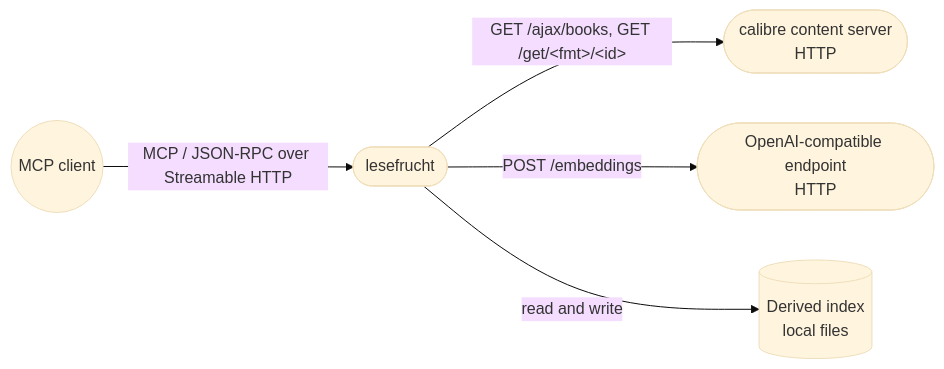
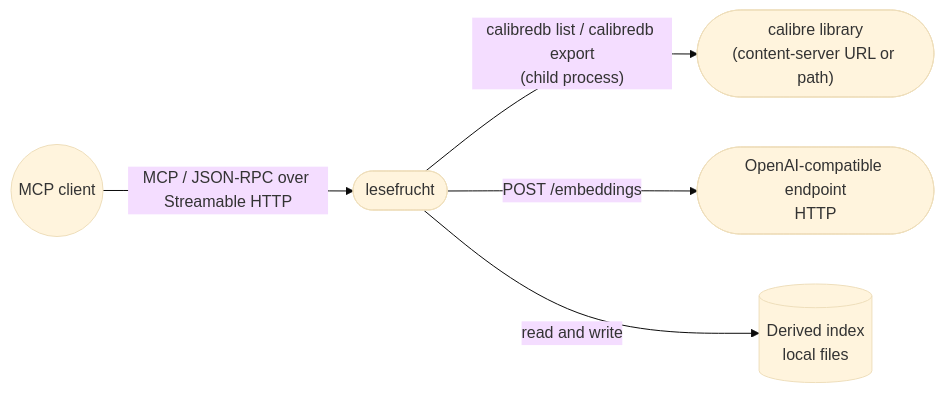
Before and after one commit to kressnerd/lesefrucht: the second of 2 diagrams in docs/arc42/03-context-and-scope.md, drawn with Mermaid (base theme). The commit also changed other lines of this file and 23 other files, not shown here.

````diff
--- a/docs/arc42/03-context-and-scope.md
+++ b/docs/arc42/03-context-and-scope.md
@@ -37,13 +37,13 @@
 ```mermaid
 flowchart LR
   Agent(("MCP client"))
   LH(["lesefrucht"])
-  CS(["calibre content server<br/>HTTP"])
+  CS(["calibre library<br/>(content-server URL or path)"])
   EP(["OpenAI-compatible endpoint<br/>HTTP"])
   FS[("Derived index<br/>local files")]
 
   Agent -->|"MCP / JSON-RPC over Streamable HTTP"| LH
-  LH -->|"GET /ajax/books, GET /get/&lt;fmt&gt;/&lt;id&gt;"| CS
+  LH -->|"calibredb list / calibredb export<br/>(child process)"| CS
   LH -->|"POST /embeddings"| EP
   LH -->|"read and write"| FS
 ```
````
